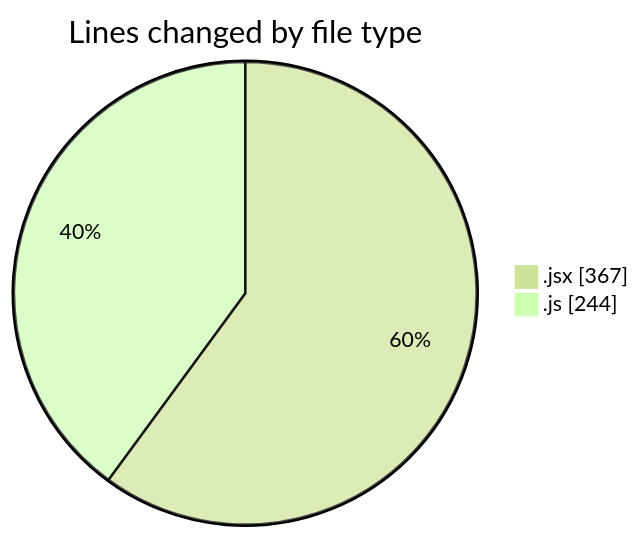
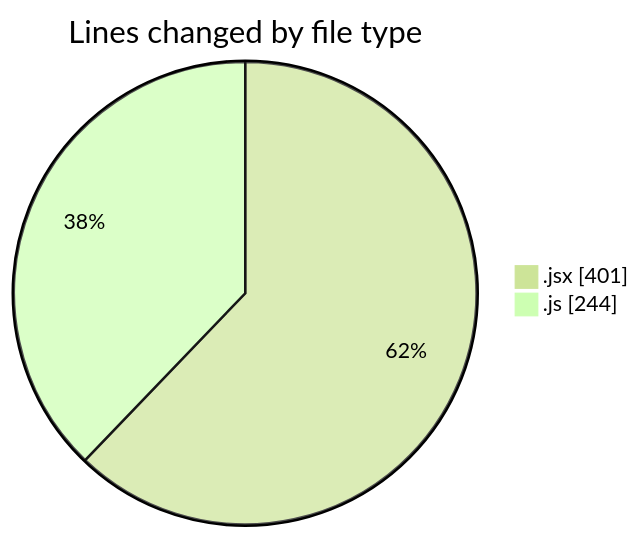
Before and after one commit to nxtqubesakshisongat/code-tracking: the first of 2 diagrams in 2025-12-14/nxtqube_webapp/README.md, drawn with Mermaid (forest theme). The commit also changed other lines of this file and 1 other file, not shown here.

````diff
--- a/2025-12-14/nxtqube_webapp/README.md
+++ b/2025-12-14/nxtqube_webapp/README.md
@@ -22,6 +22,6 @@
 ```mermaid
 pie showData
 title Lines changed by file type
-".jsx" : 367
+".jsx" : 401
 ".js" : 244
 ```
````
